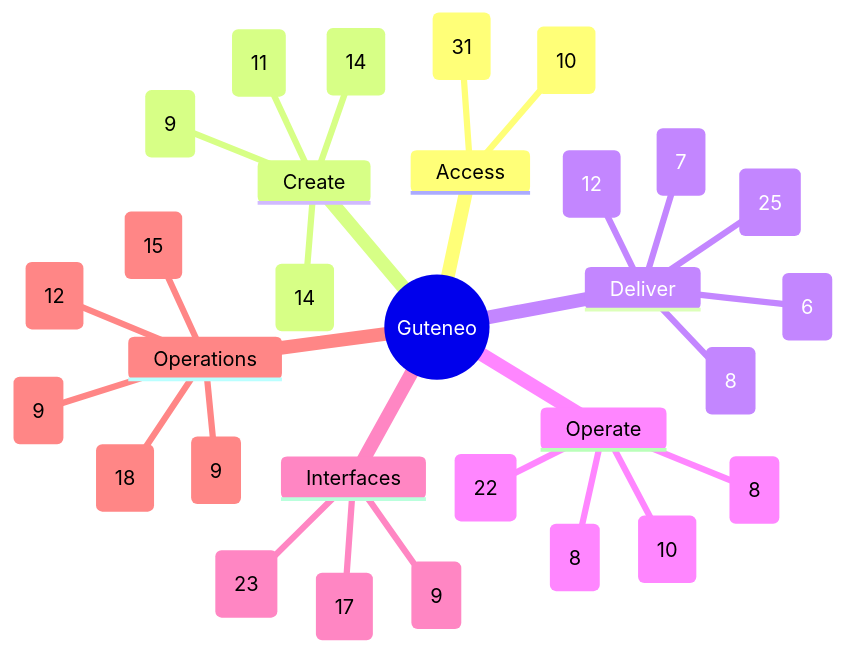
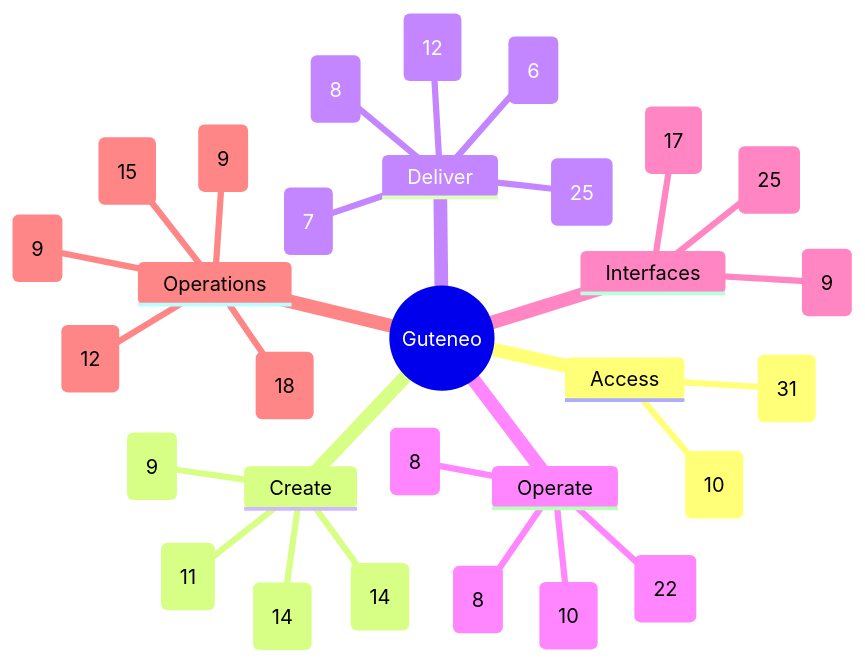
Before and after one commit to nclsppr/guteneo: the diagram in docs/FEATURE_MAP.md, drawn with Mermaid. The commit also changed other lines of this file and 48 other files, not shown here.

````diff
--- a/docs/FEATURE_MAP.md
+++ b/docs/FEATURE_MAP.md
@@ -13,33 +13,33 @@
 ```mermaid
 mindmap
   root((Guteneo))
     Access
       Access and identity (31)
       Team and responsibilities (10)
     Create
       Documents and protection (14)
       Template studio (14)
       Data and mappings (9)
       PDF generation and distribution (11)
     Deliver
       Fax (6)
       Postal mail (8)
       Email and protected links (12)
       Sensitive distribution and personal documents (25)
       Dispatch dry run (7)
     Operate
       Campaigns and tracking (8)
       Credits and billing (8)
       Workspace layout and browser appearance (22)
       PDF verification (10)
     Interfaces
-      Assistants and API (23)
+      Assistants and API (25)
       iPhone and iPad (9)
       Public pages, languages and appearance (17)
     Operations
       Reviewer OAuth qualification (9)
       Operations and reliability (18)
       Belvédère platform oversight (9)
       Public service status (15)
       Engineering documentation (12)
 ```
````
